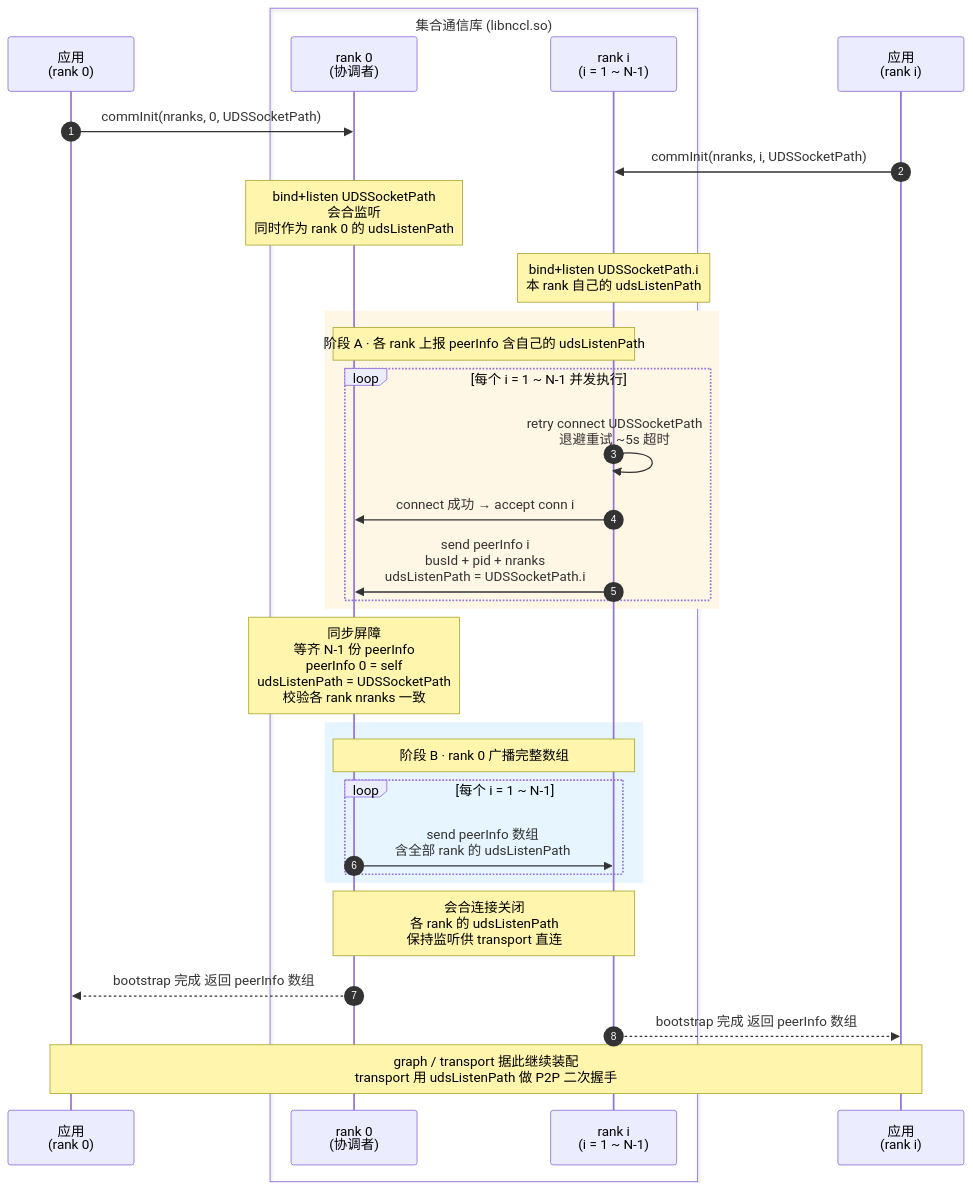
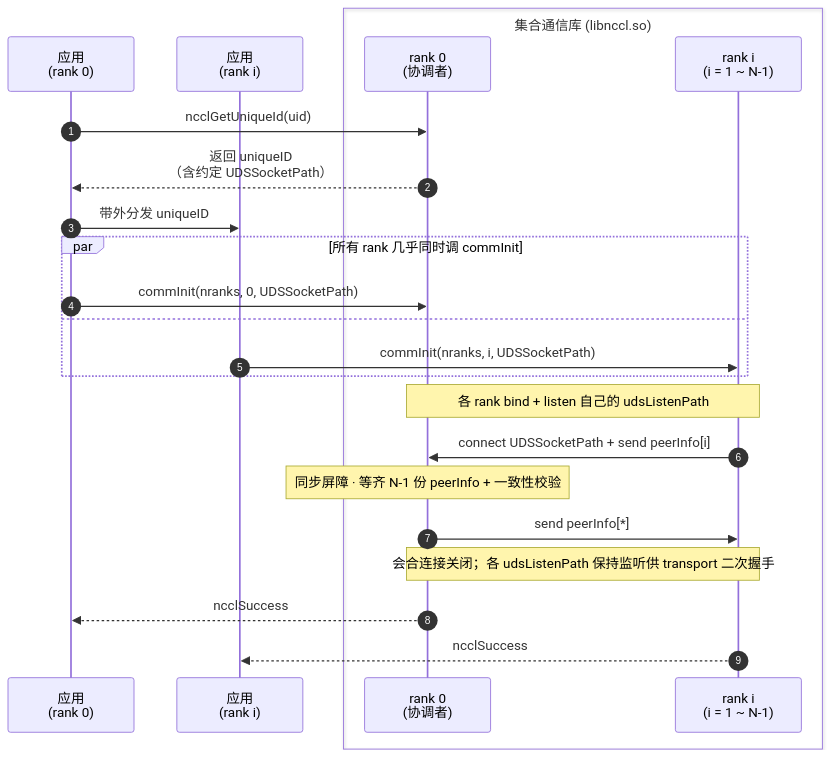
The third of 7 diagrams in allreduce-outline-design-v1.0/allreduce-outline-design-v2.0.md (AaronYang238/nccl_doc), drawn with Mermaid before and after one commit. The commit also changed other lines of this file and 1 other file, not shown here.

Commit message:
add outline design v2.6

````diff
--- a/allreduce-outline-design-v1.0/allreduce-outline-design-v2.0.md
+++ b/allreduce-outline-design-v1.0/allreduce-outline-design-v2.0.md
@@ -324,41 +324,33 @@
 ```mermaid
 sequenceDiagram
     autonumber
     participant App0 as 应用<br/>(rank 0)
+    participant AppI as 应用<br/>(rank i)
     box 集合通信库 (libnccl.so)
     participant R0 as rank 0<br/>(协调者)
     participant Ri as rank i<br/>(i = 1 ~ N-1)
     end
-    participant AppI as 应用<br/>(rank i)
 
-    App0->>R0: commInit(nranks, 0, UDSSocketPath)
-    AppI->>Ri: commInit(nranks, i, UDSSocketPath)
+    App0->>R0: ncclGetUniqueId(uid)
+    R0-->>App0: 返回 uniqueID<br/>（含约定 UDSSocketPath）
+    App0->>AppI: 带外分发 uniqueID
 
-    Note over R0: bind+listen UDSSocketPath<br/>会合监听<br/>同时作为 rank 0 的 udsListenPath
-    Note over Ri: bind+listen UDSSocketPath.i<br/>本 rank 自己的 udsListenPath
-
-    rect rgb(255, 247, 230)
-    Note over R0,Ri: 阶段 A · 各 rank 上报 peerInfo 含自己的 udsListenPath
-    loop 每个 i = 1 ~ N-1 并发执行
-        Ri->>Ri: retry connect UDSSocketPath<br/>退避重试 ~5s 超时
-        Ri->>R0: connect 成功 → accept conn i
-        Ri->>R0: send peerInfo i<br/>busId + pid + nranks<br/>udsListenPath = UDSSocketPath.i
-    end
+    par 所有 rank 几乎同时调 commInit
+        App0->>R0: commInit(nranks, 0, UDSSocketPath)
+    and
+        AppI->>Ri: commInit(nranks, i, UDSSocketPath)
     end
 
-    Note over R0: 同步屏障<br/>等齐 N-1 份 peerInfo<br/>peerInfo 0 = self<br/>udsListenPath = UDSSocketPath<br/>校验各 rank nranks 一致
+    Note over R0,Ri: 各 rank bind + listen 自己的 udsListenPath
 
-    rect rgb(230, 245, 255)
-    Note over R0,Ri: 阶段 B · rank 0 广播完整数组
-    loop 每个 i = 1 ~ N-1
-        R0->>Ri: send peerInfo 数组<br/>含全部 rank 的 udsListenPath
-    end
-    end
+    Ri->>R0: connect UDSSocketPath + send peerInfo[i]
 
-    Note over R0,Ri: 会合连接关闭<br/>各 rank 的 udsListenPath<br/>保持监听供 transport 直连
+    Note over R0: 同步屏障 · 等齐 N-1 份 peerInfo + 一致性校验
 
-    R0-->>App0: bootstrap 完成 返回 peerInfo 数组
-    Ri-->>AppI: bootstrap 完成 返回 peerInfo 数组
+    R0->>Ri: send peerInfo[*]
 
-    Note over App0,AppI: graph / transport 据此继续装配<br/>transport 用 udsListenPath 做 P2P 二次握手
+    Note over R0,Ri: 会合连接关闭；各 udsListenPath 保持监听供 transport 二次握手
+
+    R0-->>App0: ncclSuccess
+    Ri-->>AppI: ncclSuccess
 ```
````
